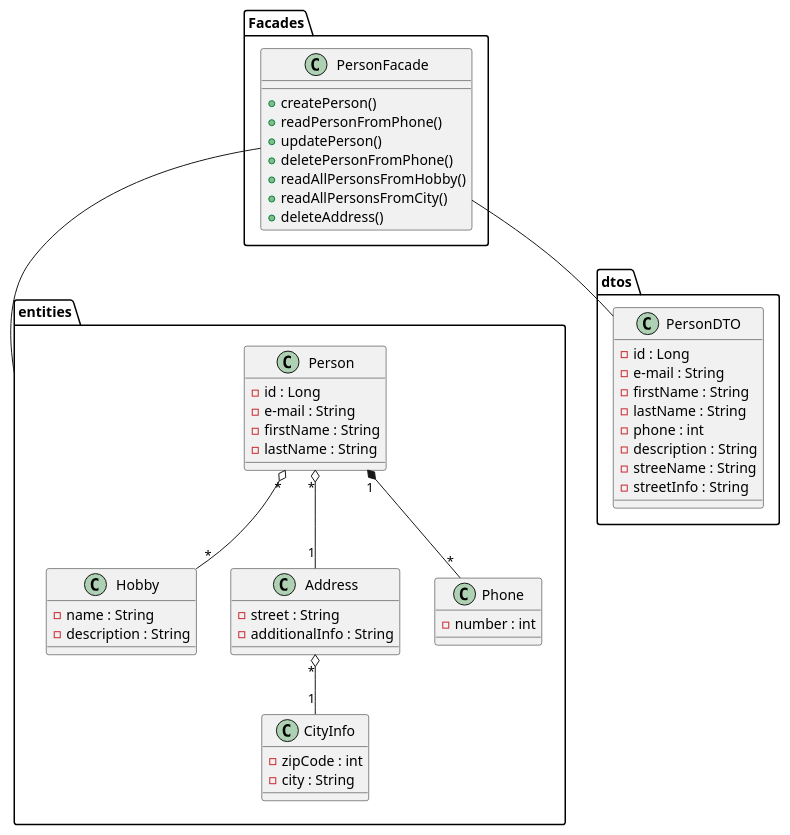
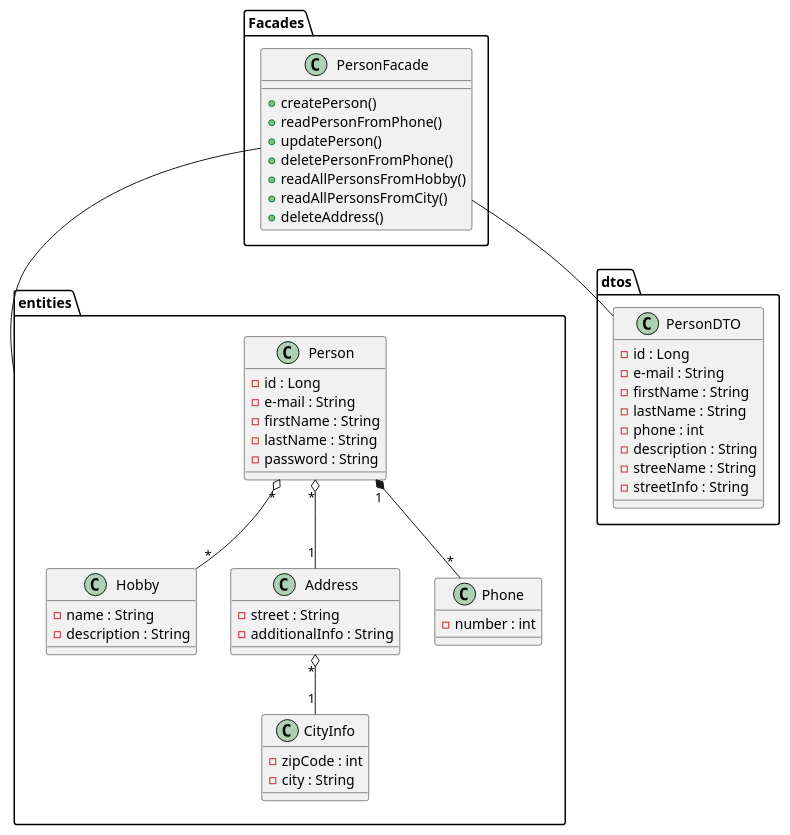
The diagram in doc/Class Diagram.puml (DeRp-DaWg/CA-1), drawn with PlantUML before and after one commit. The commit also changed 12 other files, not shown here.

```diff
--- a/doc/Class Diagram.puml
+++ b/doc/Class Diagram.puml
@@ -1,65 +1,66 @@
 @startuml
 'https://plantuml.com/class-diagram
 
 package entities {
     class Person {
     - id : Long
     - e-mail : String
     - firstName : String
     - lastName : String
+    - password : String
     }
 
     class Hobby {
     - name : String
     - description : String
     }
 
     class Address {
     - street : String
     - additionalInfo : String
     }
 
     class Phone {
     - number : int
     }
 
     class CityInfo {
     - zipCode : int
     - city : String
     }
 }
 
 package dtos {
     class PersonDTO {
     - id : Long
     - e-mail : String
     - firstName : String
     - lastName : String
     - phone : int
     - description : String
     - streeName : String
     - streetInfo : String
     }
 }
 
 package Facades {
     class PersonFacade {
     + createPerson()
     + readPersonFromPhone()
     + updatePerson()
     + deletePersonFromPhone()
     + readAllPersonsFromHobby()
     + readAllPersonsFromCity()
     + deleteAddress()
     }
 }
 
 Person "*" o-- "*" Hobby
 Person "*" o-- "1" Address
 Person "1" *-- "*" Phone
 Address "*" o-- "1" CityInfo
 
 PersonFacade -- entities
 PersonFacade -- PersonDTO
 
 @enduml
```
